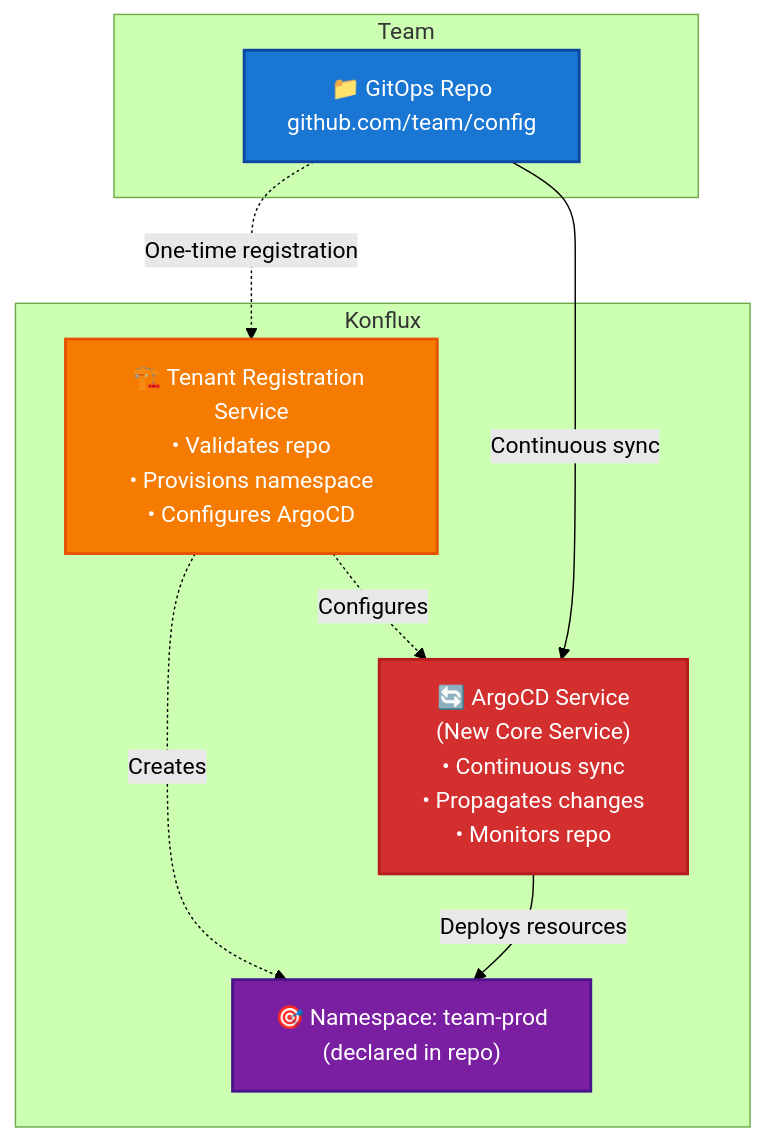
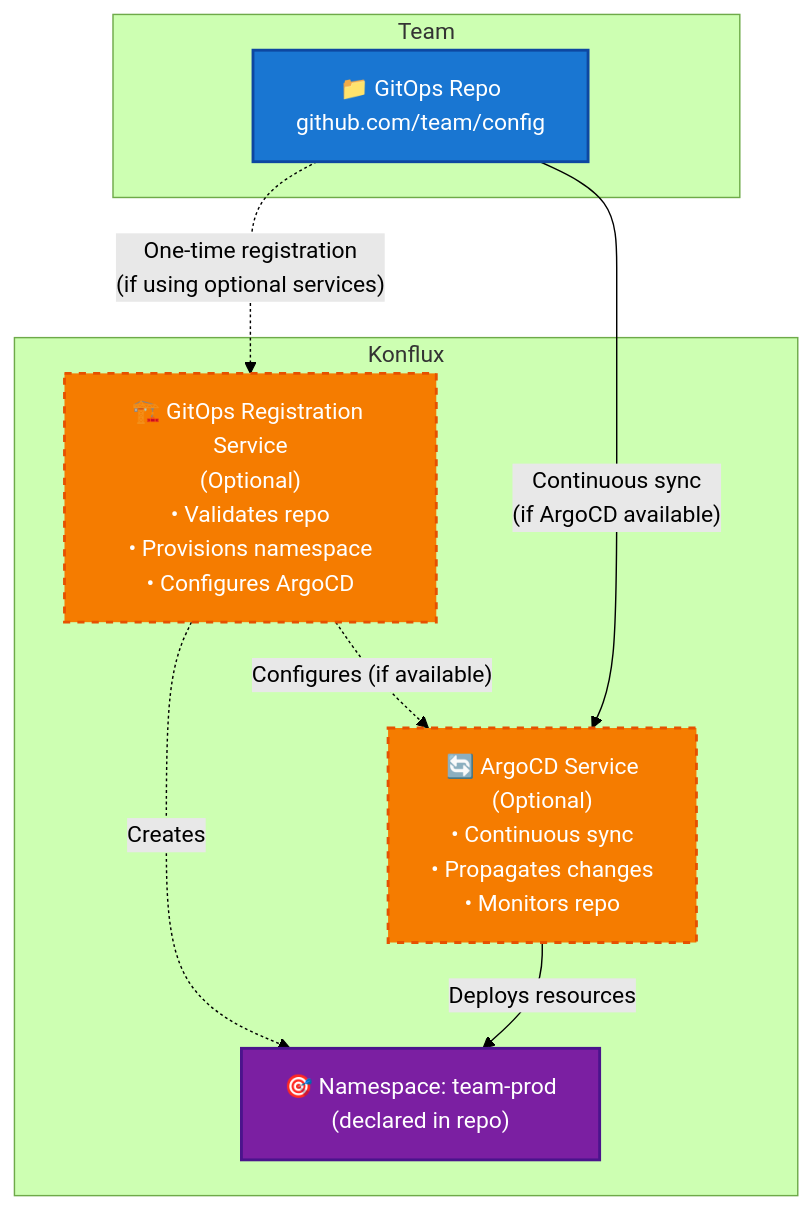
The diagram in ADR/0047-gitops-onboarding-redesign.md (konflux-ci/architecture), drawn with Mermaid (forest theme) before and after one commit. The commit also changed other lines of this file, not shown here.

Commit message:
many updates incl. argo security section

````diff
--- a/ADR/0047-gitops-onboarding-redesign.md
+++ b/ADR/0047-gitops-onboarding-redesign.md
@@ -127,31 +145,30 @@
 ```mermaid
 graph TD
     subgraph "Team"
         Repo["📁 GitOps Repo<br/>github.com/team/config"]
     end
     
     subgraph "Konflux"
-        TRS["🏗️ Tenant Registration Service<br/>• Validates repo<br/>• Provisions namespace<br/>• Configures ArgoCD"]
+        GRS["🏗️ GitOps Registration Service<br/>(Optional)<br/>• Validates repo<br/>• Provisions namespace<br/>• Configures ArgoCD"]
         
         NS["🎯 Namespace: team-prod<br/>(declared in repo)"]
         
-        ArgoCD["🔄 ArgoCD Service<br/>(New Core Service)<br/>• Continuous sync<br/>• Propagates changes<br/>• Monitors repo"]
+        ArgoCD["🔄 ArgoCD Service<br/>(Optional)<br/>• Continuous sync<br/>• Propagates changes<br/>• Monitors repo"]
     end
     
-    Repo -.->|"One-time registration"| TRS
-    TRS -.->|"Creates"| NS
-    TRS -.->|"Configures"| ArgoCD
+    Repo -.->|"One-time registration<br/>(if using optional services)"| GRS
+    GRS -.->|"Creates"| NS
+    GRS -.->|"Configures (if available)"| ArgoCD
     
-    Repo -->|"Continuous sync"| ArgoCD
+    Repo -->|"Continuous sync<br/>(if ArgoCD available)"| ArgoCD
     ArgoCD -->|"Deploys resources"| NS
     
     classDef repoStyle fill:#1976d2,stroke:#0d47a1,stroke-width:2px,color:#fff
     classDef nsStyle fill:#7b1fa2,stroke:#4a148c,stroke-width:2px,color:#fff
-    classDef serviceStyle fill:#f57c00,stroke:#e65100,stroke-width:2px,color:#fff
-    classDef newServiceStyle fill:#d32f2f,stroke:#b71c1c,stroke-width:2px,color:#fff
+    classDef optionalServiceStyle fill:#f57c00,stroke:#e65100,stroke-width:2px,color:#fff,stroke-dasharray: 5 5
     
     class Repo repoStyle
     class NS nsStyle
-    class TRS serviceStyle
-    class ArgoCD newServiceStyle
+    class GRS optionalServiceStyle
+    class ArgoCD optionalServiceStyle
 ```
````
